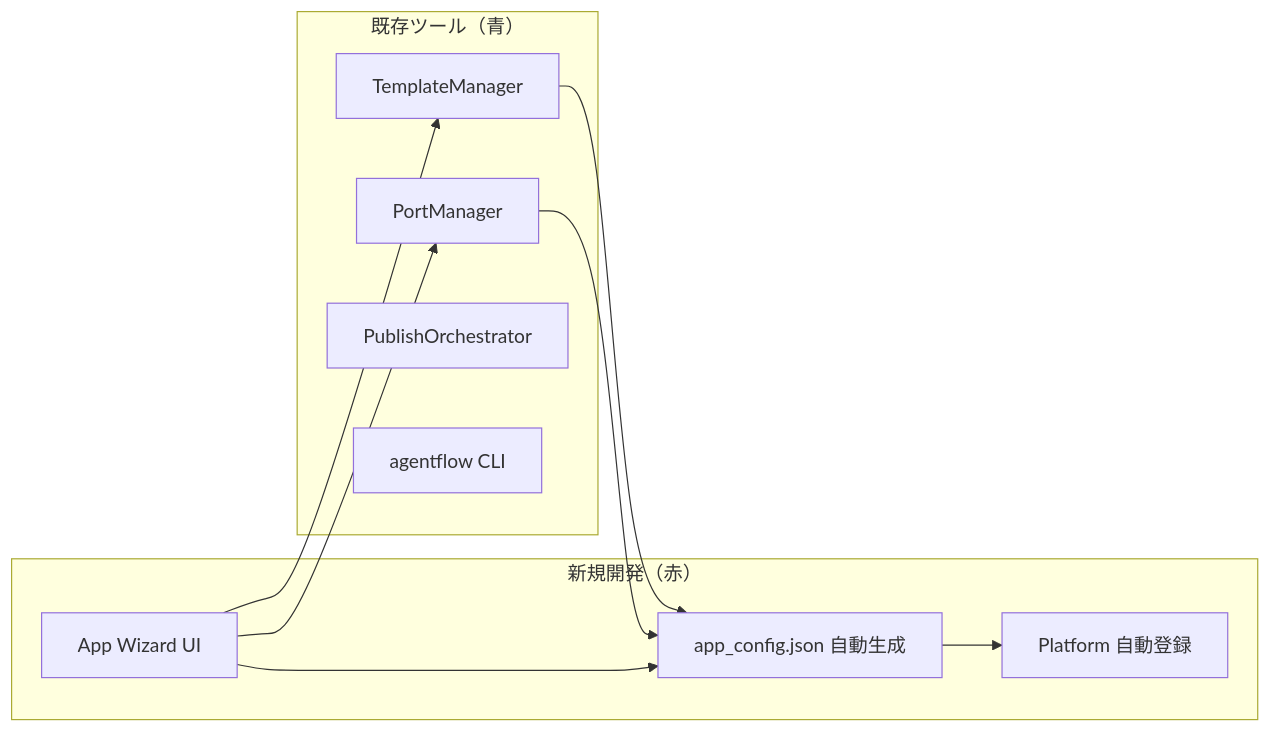
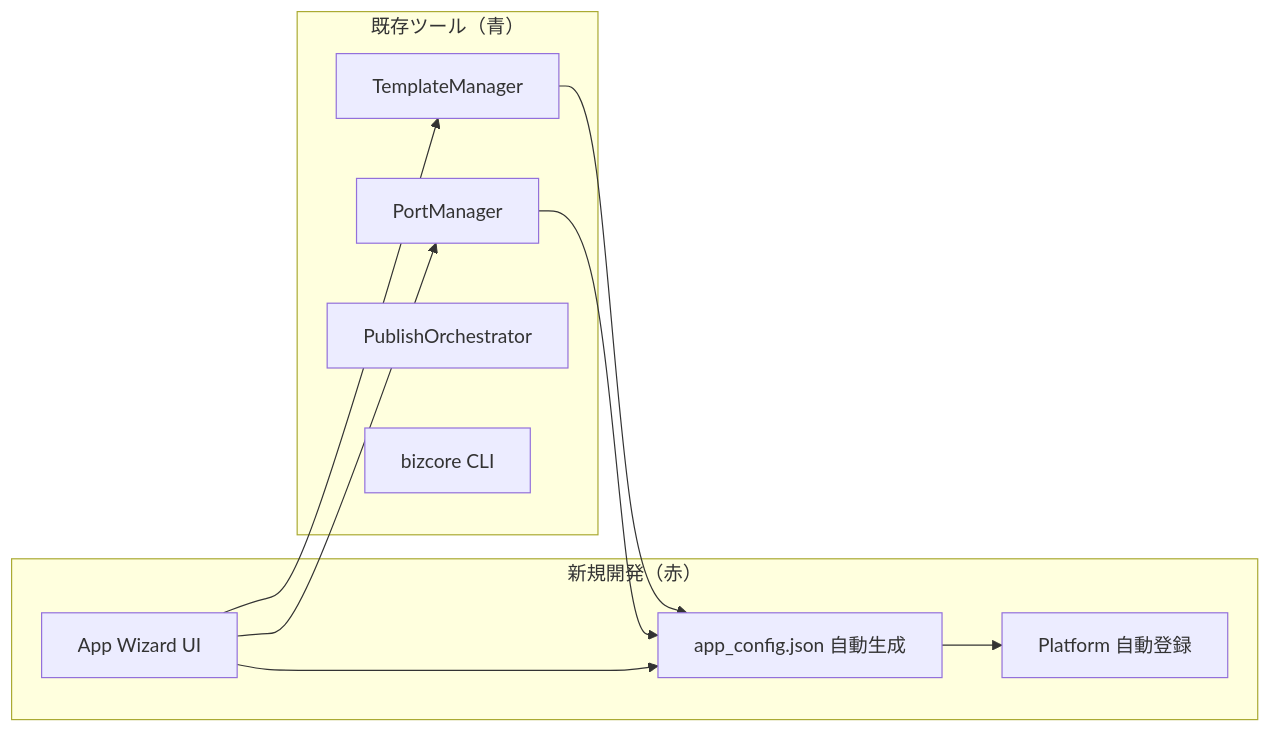
One commit to liushuang393/serverlessAIAgents changed the third of 3 diagrams in control_plane/docs/development-workflow.md. Above: the diagram before and after it, drawn with Mermaid. The commit also changed other lines of this file and 134 other files, not shown here.

Commit message:
chore: replace agentflow references with bizcore

````diff
--- a/control_plane/docs/development-workflow.md
+++ b/control_plane/docs/development-workflow.md
@@ -155,20 +156,20 @@
 ```mermaid
 flowchart LR
     subgraph Existing["既存ツール（青）"]
         TM["TemplateManager"]
         PM["PortManager"]
         PO["PublishOrchestrator"]
-        CLI["agentflow CLI"]
+        CLI["bizcore CLI"]
     end
     subgraph New["新規開発（赤）"]
         AC["app_config.json 自動生成"]
         AW["App Wizard UI"]
         AR["Platform 自動登録"]
     end
     TM --> AC
     PM --> AC
     AC --> AR
     AW --> TM
     AW --> PM
     AW --> AC
 ```
````
